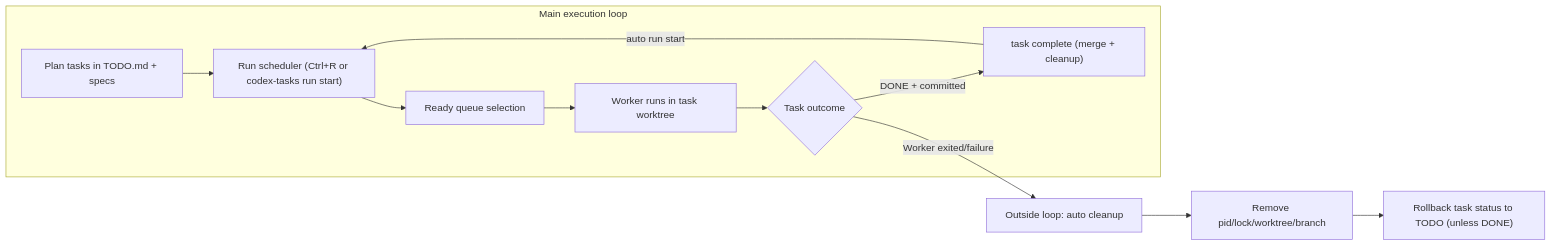
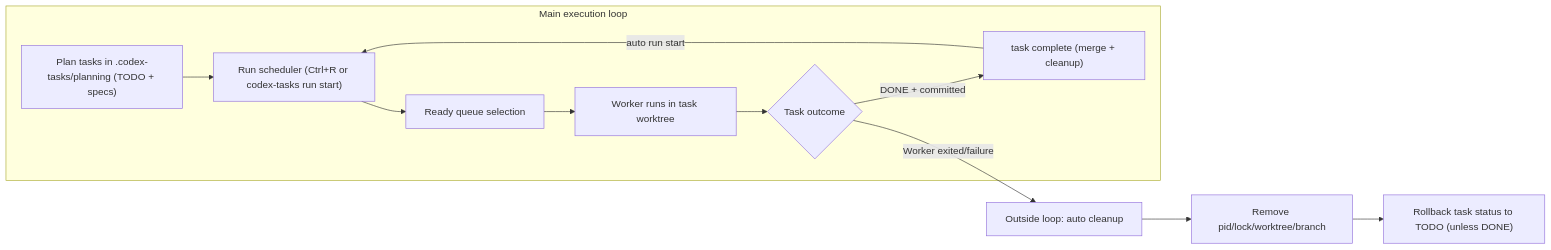
One commit to jaycho46/codex-tasks changed the second of 2 diagrams in README.md. Above: the diagram before and after it, drawn with Mermaid. The commit also changed other lines of this file and 36 other files, not shown here.

Commit message:
refactor: align state/planning flow with .codex-tasks

````diff
--- a/README.md
+++ b/README.md
@@ -164,15 +176,15 @@
 ```mermaid
 flowchart LR
   subgraph MAIN["Main execution loop"]
-    A["Plan tasks in TODO.md + specs"] --> B["Run scheduler (Ctrl+R or codex-tasks run start)"]
+    A["Plan tasks in .codex-tasks/planning (TODO + specs)"] --> B["Run scheduler (Ctrl+R or codex-tasks run start)"]
     B --> C["Ready queue selection"]
     C --> D["Worker runs in task worktree"]
     D --> E{"Task outcome"}
     E -- "DONE + committed" --> F["task complete (merge + cleanup)"]
     F -->|"auto run start"| B
   end
 
   E -- "Worker exited/failure" --> G["Outside loop: auto cleanup"]
   G --> H["Remove pid/lock/worktree/branch"]
   H --> I["Rollback task status to TODO (unless DONE)"]
 ```
````
